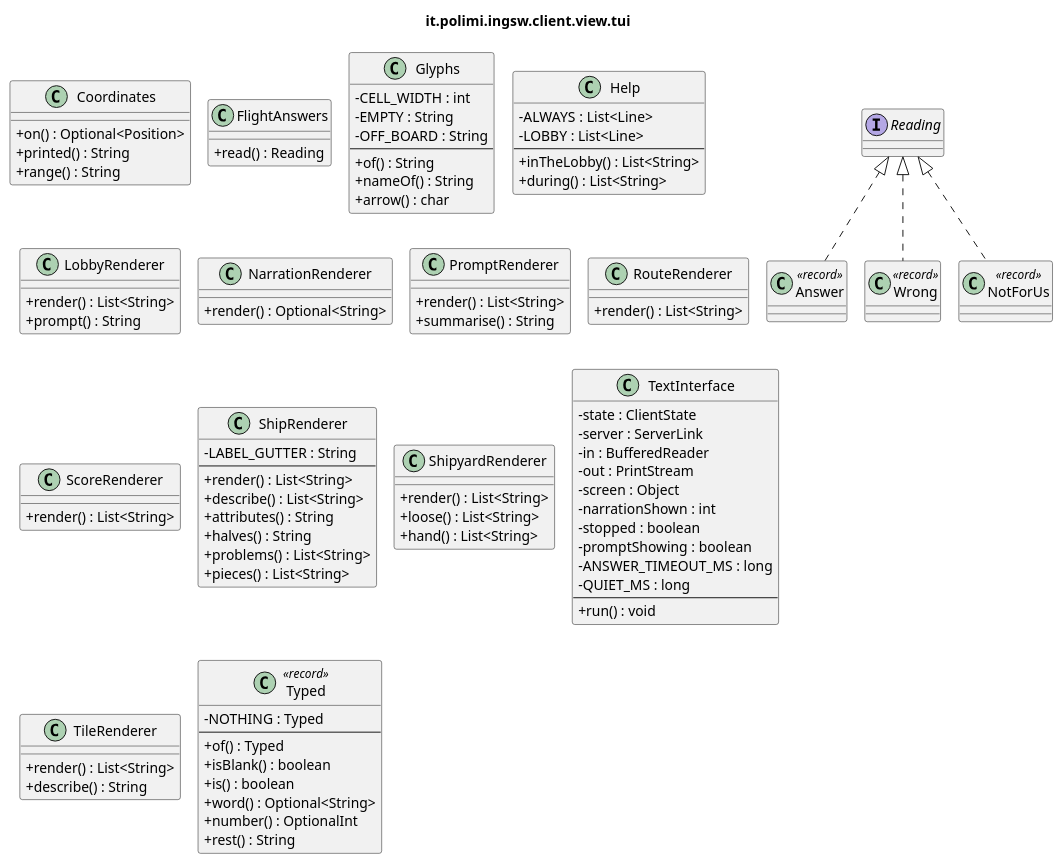
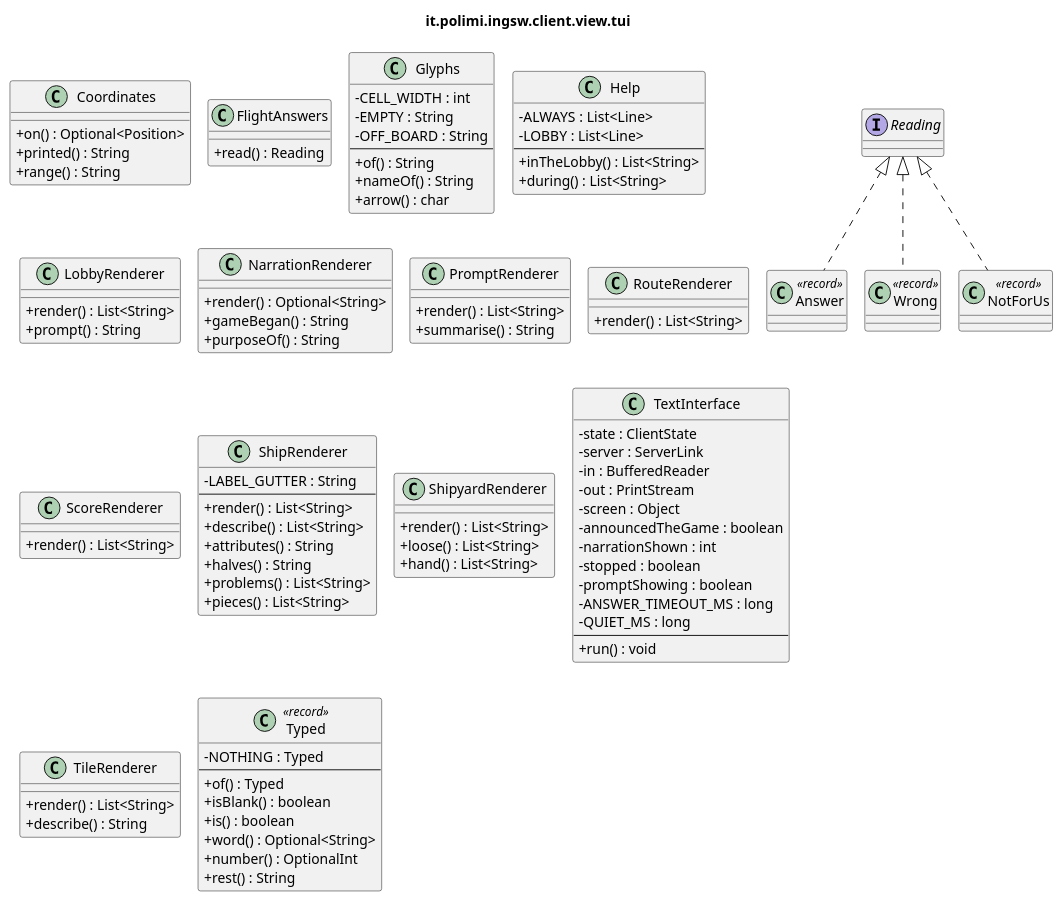
One commit to samuelesegrini/ing-sw-2025-segrini-terribile-varricchio-zanca changed the diagram in docs/uml/detailed/client-view-tui.puml. Above: the diagram before and after it, drawn with PlantUML. The commit also changed 9 other files, not shown here.

```diff
--- a/docs/uml/detailed/client-view-tui.puml
+++ b/docs/uml/detailed/client-view-tui.puml
@@ -1,104 +1,107 @@
 @startuml it_polimi_ingsw_client_view_tui
 ' Generated by tools/uml/generate-detailed.py. Do not edit by hand.
 !pragma layout smetana
 skinparam shadowing false
 skinparam classAttributeIconSize 0
 title it.polimi.ingsw.client.view.tui
 
 class Coordinates {
   +on() : Optional<Position>
   +printed() : String
   +range() : String
 }
 class FlightAnswers {
   +read() : Reading
 }
 interface Reading {
 }
 class Answer <<record>> {
 }
 class Wrong <<record>> {
 }
 class NotForUs <<record>> {
 }
 class Glyphs {
   -CELL_WIDTH : int
   -EMPTY : String
   -OFF_BOARD : String
   --
   +of() : String
   +nameOf() : String
   +arrow() : char
 }
 class Help {
   -ALWAYS : List<Line>
   -LOBBY : List<Line>
   --
   +inTheLobby() : List<String>
   +during() : List<String>
 }
 class LobbyRenderer {
   +render() : List<String>
   +prompt() : String
 }
 class NarrationRenderer {
   +render() : Optional<String>
+  +gameBegan() : String
+  +purposeOf() : String
 }
 class PromptRenderer {
   +render() : List<String>
   +summarise() : String
 }
 class RouteRenderer {
   +render() : List<String>
 }
 class ScoreRenderer {
   +render() : List<String>
 }
 class ShipRenderer {
   -LABEL_GUTTER : String
   --
   +render() : List<String>
   +describe() : List<String>
   +attributes() : String
   +halves() : String
   +problems() : List<String>
   +pieces() : List<String>
 }
 class ShipyardRenderer {
   +render() : List<String>
   +loose() : List<String>
   +hand() : List<String>
 }
 class TextInterface {
   -state : ClientState
   -server : ServerLink
   -in : BufferedReader
   -out : PrintStream
   -screen : Object
+  -announcedTheGame : boolean
   -narrationShown : int
   -stopped : boolean
   -promptShowing : boolean
   -ANSWER_TIMEOUT_MS : long
   -QUIET_MS : long
   --
   +run() : void
 }
 class TileRenderer {
   +render() : List<String>
   +describe() : String
 }
 class Typed <<record>> {
   -NOTHING : Typed
   --
   +of() : Typed
   +isBlank() : boolean
   +is() : boolean
   +word() : Optional<String>
   +number() : OptionalInt
   +rest() : String
 }
 
 Reading <|.. Answer
 Reading <|.. Wrong
 Reading <|.. NotForUs
 @enduml
```
